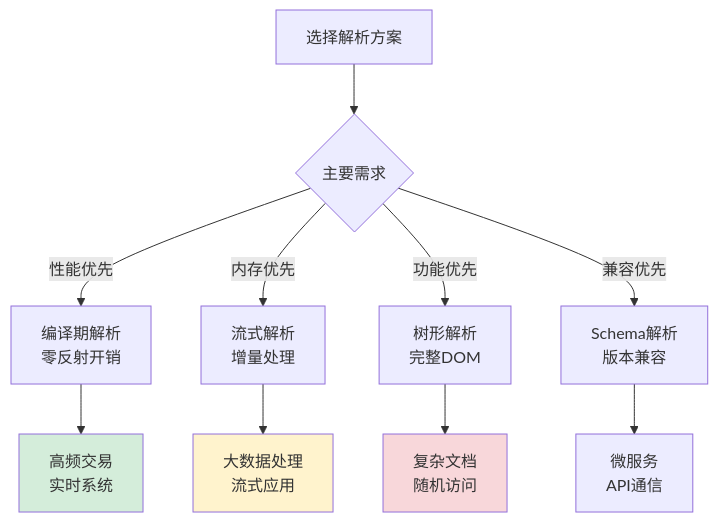
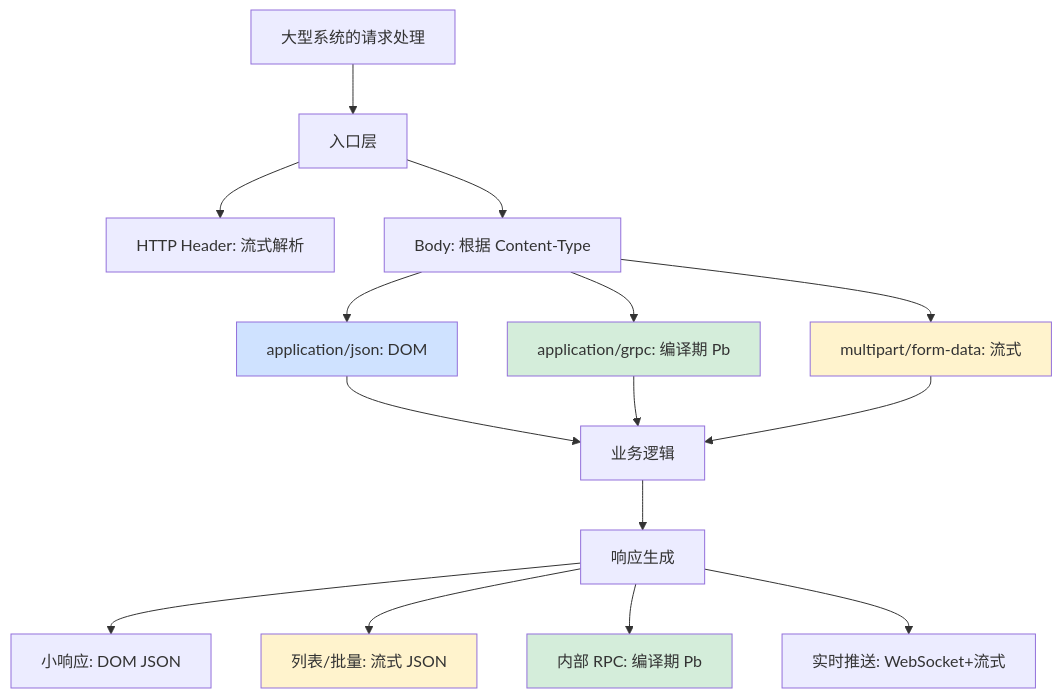
One commit to chongyang211/YCBookBlog changed diagram 14 of 21 in 00.通用技术的提升/02.程序编程原理/06.数据解析设计思想.md. Above: the diagram before and after it, drawn with Mermaid. The commit also changed other lines of this file and 5 other files, not shown here.

````diff
--- a/00.通用技术的提升/02.程序编程原理/06.数据解析设计思想.md
+++ b/00.通用技术的提升/02.程序编程原理/06.数据解析设计思想.md
@@ -1977,17 +2730,28 @@
 ```mermaid
 flowchart TD
-    A[选择解析方案] --> B{主要需求}
-    B -->|性能优先| C[编译期解析<br/>零反射开销]
-    B -->|内存优先| D[流式解析<br/>增量处理]
-    B -->|功能优先| E[树形解析<br/>完整DOM]
-    B -->|兼容优先| F[Schema解析<br/>版本兼容]
+    A[大型系统的请求处理] --> B[入口层]
     
-    C --> G[高频交易<br/>实时系统]
-    D --> H[大数据处理<br/>流式应用]
-    E --> I[复杂文档<br/>随机访问]
-    F --> J[微服务<br/>API通信]
+    B --> B1[HTTP Header: 流式解析]
+    B --> B2[Body: 根据 Content-Type]
     
-    style G fill:#d4edda
-    style H fill:#fff3cd
-    style I fill:#f8d7da
+    B2 --> C1[application/json: DOM]
+    B2 --> C2[application/grpc: 编译期 Pb]
+    B2 --> C3[multipart/form-data: 流式]
+    
+    C1 --> D[业务逻辑]
+    C2 --> D
+    C3 --> D
+    
+    D --> E[响应生成]
+    
+    E --> E1[小响应: DOM JSON]
+    E --> E2[列表/批量: 流式 JSON]
+    E --> E3[内部 RPC: 编译期 Pb]
+    E --> E4[实时推送: WebSocket+流式]
+
+    style C1 fill:#cfe2ff
+    style C2 fill:#d4edda
+    style C3 fill:#fff3cd
+    style E2 fill:#fff3cd
+    style E3 fill:#d4edda
 ```
````
